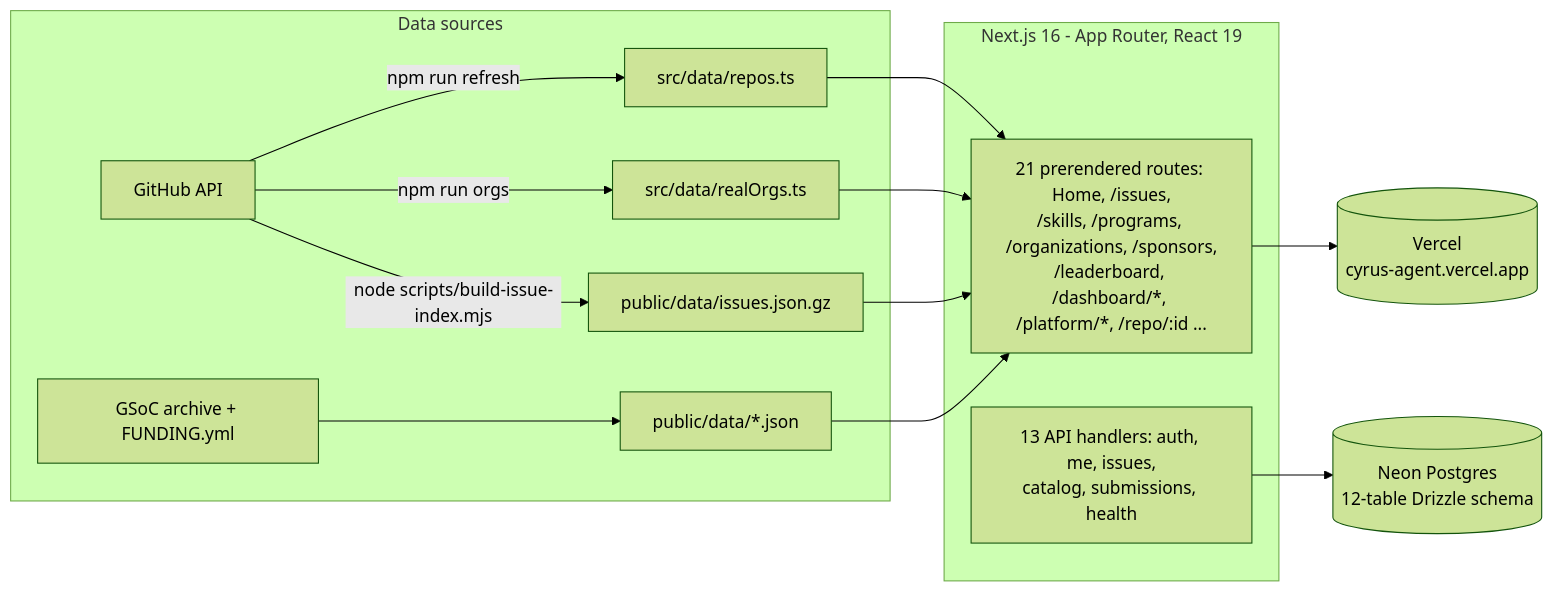
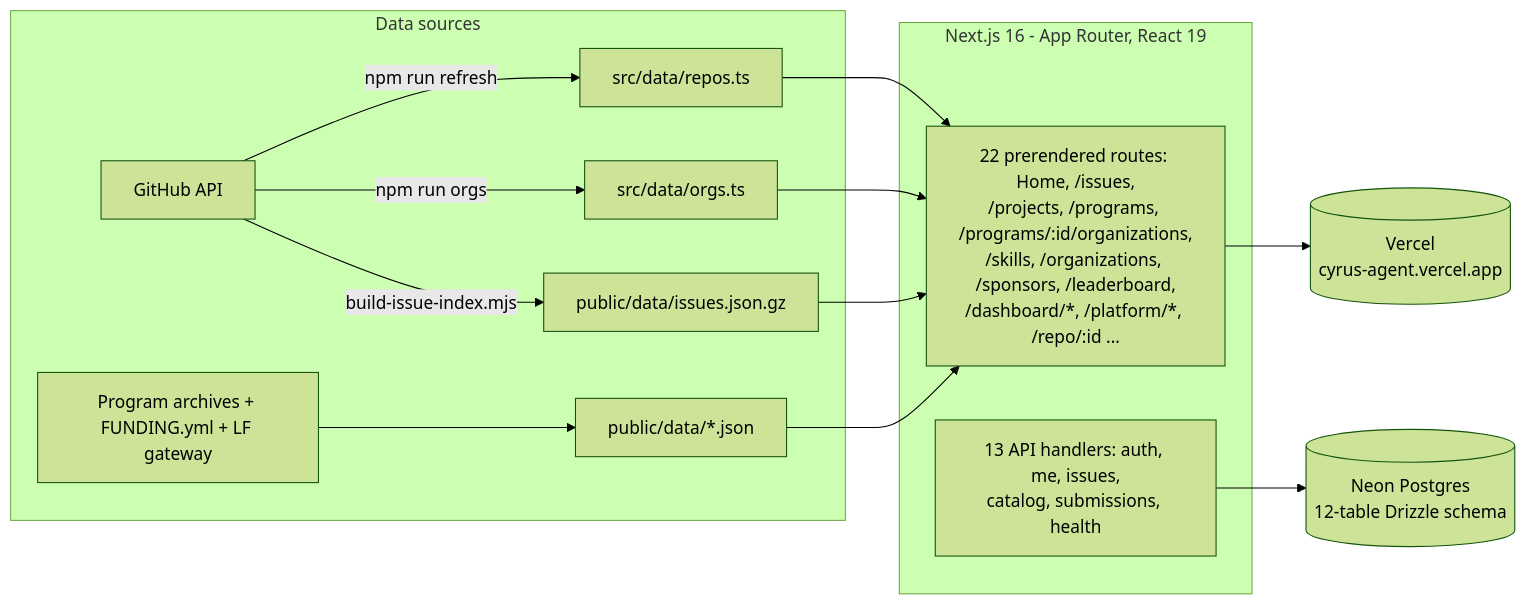
One commit to Harshit214713/cyrus changed the second of 2 diagrams in README.md. Above: the diagram before and after it, drawn with Mermaid (forest theme). The commit also changed other lines of this file and 77 other files, not shown here.

First line of the commit message:
Quiet the program pages and rebuild the sign-in globe

````diff
--- a/README.md
+++ b/README.md
@@ -312,15 +333,15 @@
 ```mermaid
 flowchart LR
     subgraph sources [Data sources]
         GH[GitHub API] -->|npm run refresh| D1[src/data/repos.ts]
-        GH -->|npm run orgs| D2[src/data/realOrgs.ts]
-        GH -->|node scripts/build-issue-index.mjs| D3[public/data/issues.json.gz]
-        SOC[GSoC archive + FUNDING.yml] --> D4[public/data/*.json]
+        GH -->|npm run orgs| D2[src/data/orgs.ts]
+        GH -->|build-issue-index.mjs| D3[public/data/issues.json.gz]
+        SOC[Program archives + FUNDING.yml + LF gateway] --> D4[public/data/*.json]
     end
     subgraph app [Next.js 16 - App Router, React 19]
-        D1 & D2 & D3 & D4 --> PAGES[21 prerendered routes: Home, /issues,<br/>/skills, /programs, /organizations, /sponsors,<br/>/leaderboard, /dashboard/*, /platform/*, /repo/:id ...]
+        D1 & D2 & D3 & D4 --> PAGES[22 prerendered routes: Home, /issues,<br/>/projects, /programs, /programs/:id/organizations,<br/>/skills, /organizations, /sponsors, /leaderboard,<br/>/dashboard/*, /platform/*, /repo/:id ...]
         API[13 API handlers: auth, me, issues,<br/>catalog, submissions, health]
     end
     PAGES --> V[(Vercel<br/>cyrus-agent.vercel.app)]
     API --> DB[(Neon Postgres<br/>12-table Drizzle schema)]
 ```
````
